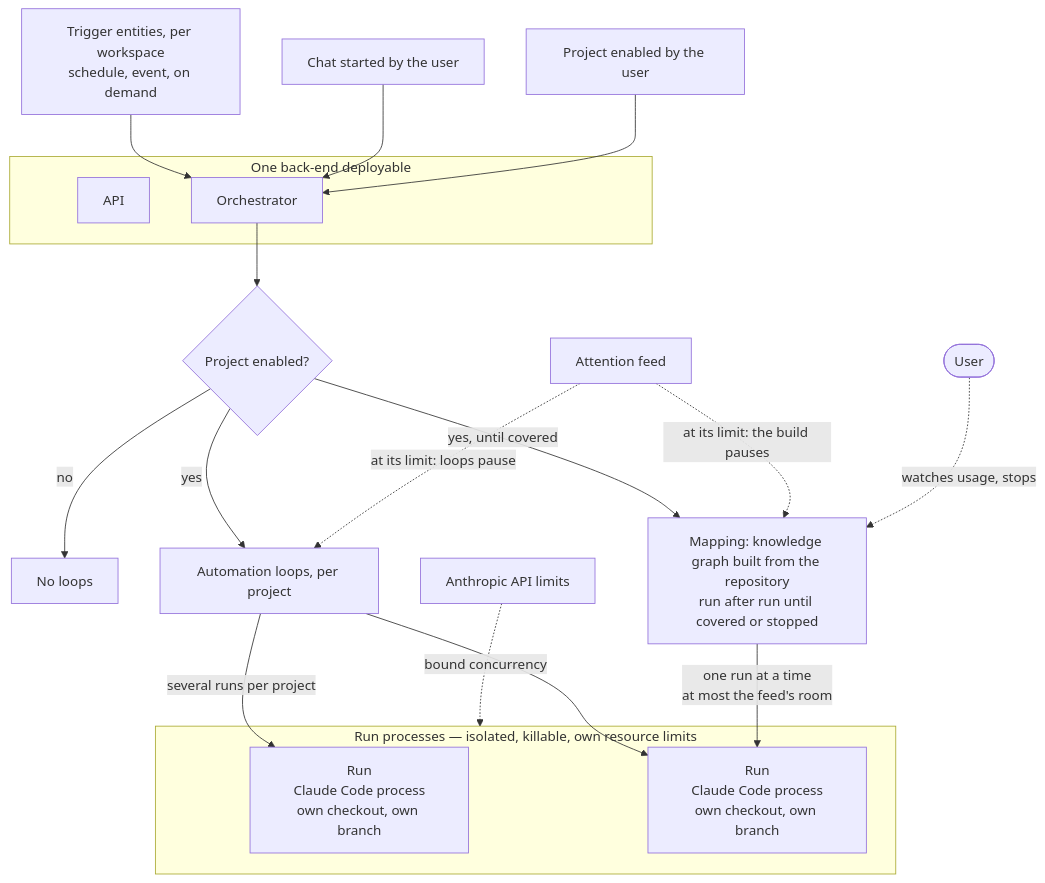
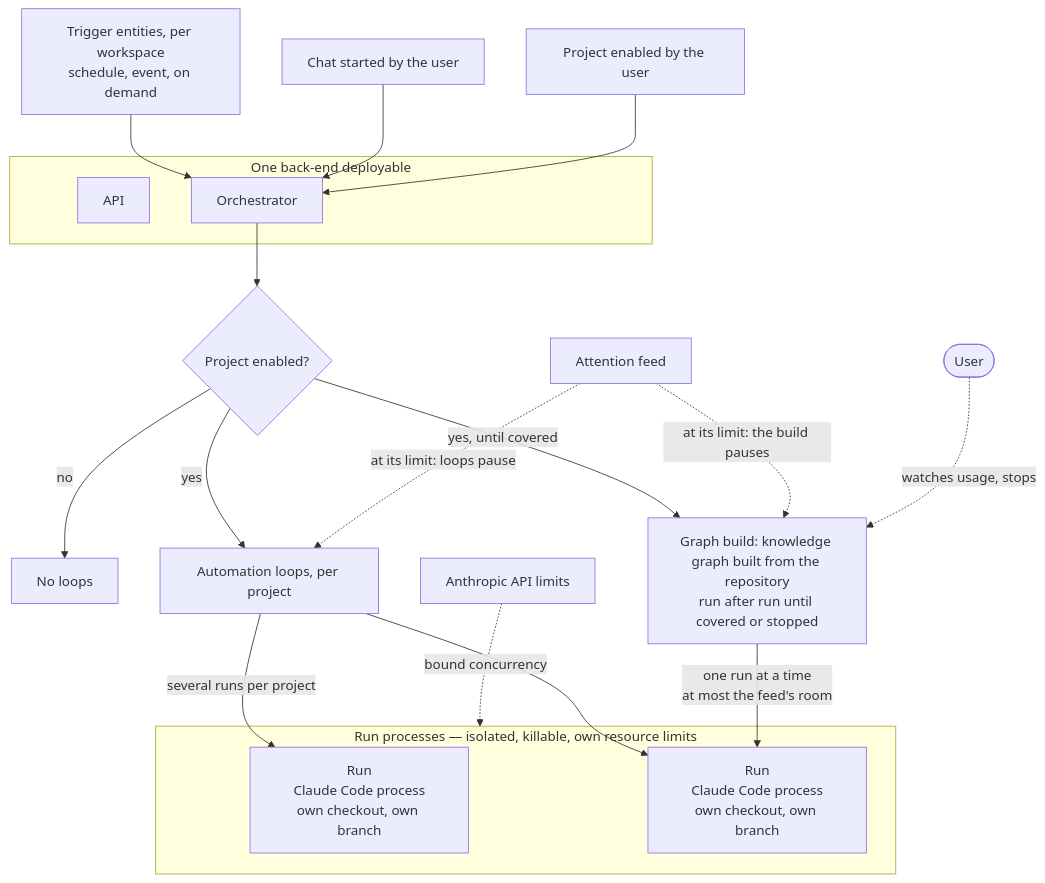
Before and after one commit to Aleksander1111/momentum: the diagram in docs/diagrams/05-orchestrator.md, drawn with Mermaid. The commit also changed 24 other files, not shown here.

First line of the commit message:
Rename the mapping automation to graph build

````diff
--- a/docs/diagrams/05-orchestrator.md
+++ b/docs/diagrams/05-orchestrator.md
@@ -5,34 +5,34 @@
 ```mermaid
 flowchart TB
   Trig["Trigger entities, per workspace<br/>schedule, event, on demand"]
   Demand["Chat started by the user"]
   Enable["Project enabled by the user"]
   subgraph Backend["One back-end deployable"]
     API["API"]
     Orch["Orchestrator"]
   end
   Enabled{"Project enabled?"}
   NoLoops["No loops"]
   Loops["Automation loops, per project"]
-  Mapping["Mapping: knowledge graph built from the repository<br/>run after run until covered or stopped"]
+  GraphBuild["Graph build: knowledge graph built from the repository<br/>run after run until covered or stopped"]
   subgraph Procs["Run processes — isolated, killable, own resource limits"]
     R1["Run<br/>Claude Code process<br/>own checkout, own branch"]
     R2["Run<br/>Claude Code process<br/>own checkout, own branch"]
   end
   Feed["Attention feed"]
   Limits["Anthropic API limits"]
   Trig --> Orch
   Demand --> Orch
   Enable --> Orch
   Orch --> Enabled
   Enabled -->|"no"| NoLoops
   Enabled -->|"yes"| Loops
-  Enabled -->|"yes, until covered"| Mapping
+  Enabled -->|"yes, until covered"| GraphBuild
   Loops -->|"several runs per project"| R1
   Loops --> R2
-  Mapping -->|"one run at a time<br/>at most the feed's room"| R2
+  GraphBuild -->|"one run at a time<br/>at most the feed's room"| R2
   Limits -. "bound concurrency" .-> Procs
   Feed -. "at its limit: loops pause" .-> Loops
-  Feed -. "at its limit: the build pauses" .-> Mapping
-  User(["User"]) -. "watches usage, stops" .-> Mapping
+  Feed -. "at its limit: the build pauses" .-> GraphBuild
+  User(["User"]) -. "watches usage, stops" .-> GraphBuild
 ```
````
